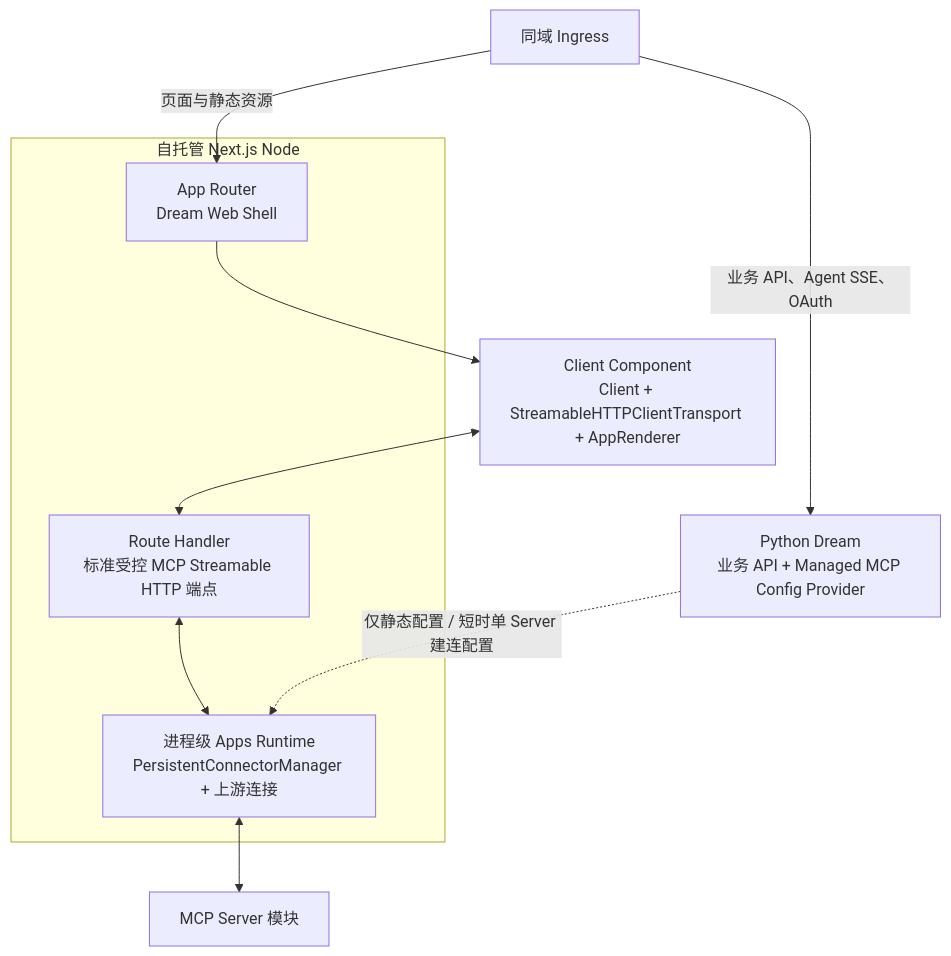
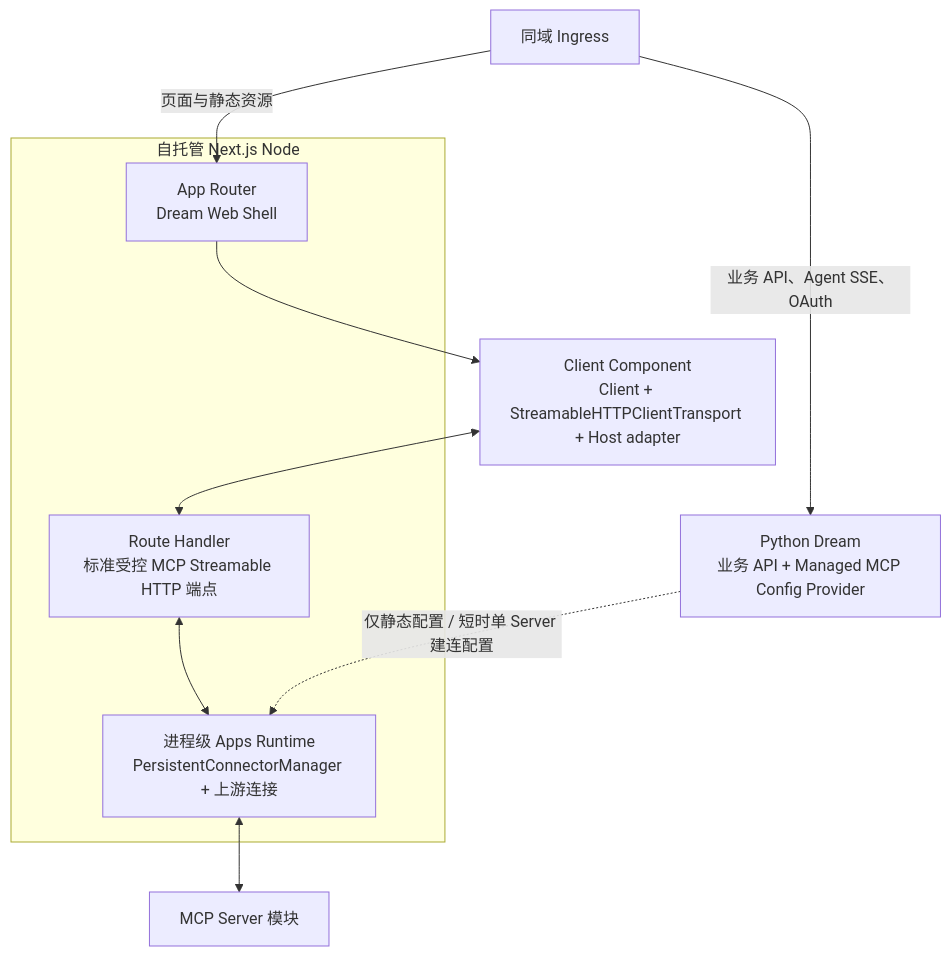
The second of 2 diagrams in docs/design/claude-agent/dream-frontend-node-framework-migration-assessment.md (glide-the/im-dream), drawn with Mermaid before and after one commit. The commit also changed other lines of this file and 813 other files, not shown here.

Commit message:
feat(mcp-apps): integrate governed host and consolidate frontend app

````diff
--- a/docs/design/claude-agent/dream-frontend-node-framework-migration-assessment.md
+++ b/docs/design/claude-agent/dream-frontend-node-framework-migration-assessment.md
@@ -200,20 +281,20 @@
 ```mermaid
 flowchart TB
     INGRESS["同域 Ingress"]
     subgraph NEXT["自托管 Next.js Node"]
         WEB["App Router<br/>Dream Web Shell"]
         API["Route Handler<br/>标准受控 MCP Streamable HTTP 端点"]
         NODE["进程级 Apps Runtime<br/>PersistentConnectorManager + 上游连接"]
         API <--> NODE
     end
-    BROWSER["Client Component<br/>Client + StreamableHTTPClientTransport + AppRenderer"]
+    BROWSER["Client Component<br/>Client + StreamableHTTPClientTransport + Host adapter"]
     PY["Python Dream<br/>业务 API + Managed MCP Config Provider"]
     MCP["MCP Server 模块"]
 
     INGRESS -->|"页面与静态资源"| WEB
     WEB --> BROWSER
     BROWSER <--> API
     INGRESS -->|"业务 API、Agent SSE、OAuth"| PY
     PY -."仅静态配置 / 短时单 Server 建连配置".-> NODE
     NODE <--> MCP
 ```
````
